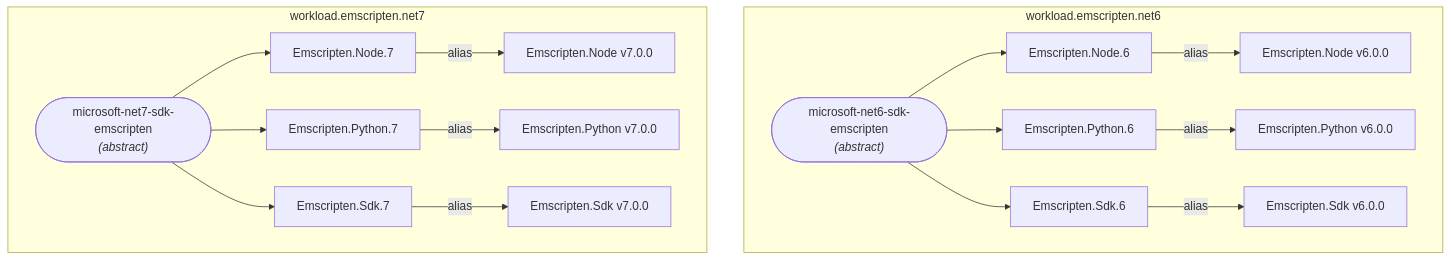
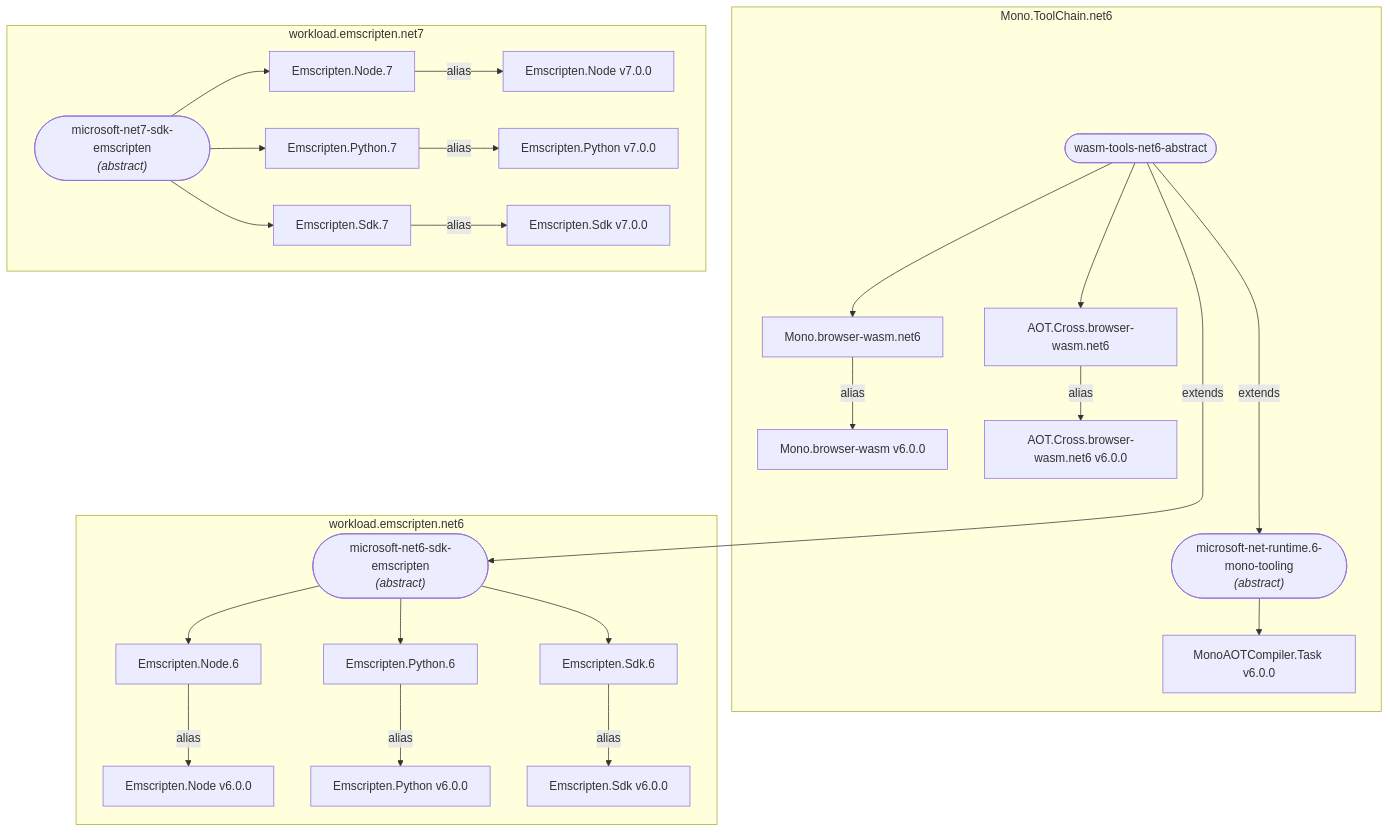
The second of 2 diagrams in README.md (dsplaisted/WorkloadVersioningSample), drawn with Mermaid before and after one commit.

Commit message:
Add more to proposed graph

````diff
--- a/README.md
+++ b/README.md
@@ -38,22 +38,33 @@
 ```mermaid
 graph TD;
 
-      subgraph workload.emscripten.net6
-      microsoft-net-sdk6-emscripten(["microsoft-net6-sdk-emscripten<BR><I>(abstract)</I>"])-->Microsoft.NET.Runtime.6.Emscripten.Node[Emscripten.Node.6];
-      Microsoft.NET.Runtime.6.Emscripten.Node-->|alias|Microsoft.NET.Runtime.Emscripten.Node.v6["Emscripten.Node v6.0.0"]
-      microsoft-net-sdk6-emscripten-->Microsoft.NET.Runtime.6.Emscripten.Python[Emscripten.Python.6];
-      Microsoft.NET.Runtime.6.Emscripten.Python-->|alias|Microsoft.NET.Runtime.Emscripten.Python.v6["Emscripten.Python v6.0.0"]
-      microsoft-net-sdk6-emscripten-->Microsoft.NET.Runtime.6.Emscripten.Sdk[Emscripten.Sdk.6];
-      Microsoft.NET.Runtime.6.Emscripten.Sdk-->|alias|Microsoft.NET.Runtime.Emscripten.Sdk.v6["Emscripten.Sdk v6.0.0"]
-      end
+    subgraph Mono.ToolChain.net6
+    wasm-tools-net6-abstract([wasm-tools-net6-abstract])-->Mono.browser-wasm.net6
+    Mono.browser-wasm.net6-->|alias|Mono.browser-wasm.v6["Mono.browser-wasm v6.0.0"]
+    wasm-tools-net6-abstract-->AOT.Cross.browser-wasm.net6
+    AOT.Cross.browser-wasm.net6-->|alias|AOT.Cross.browser-wasm.net6.v6["AOT.Cross.browser-wasm.net6 v6.0.0"]
+    wasm-tools-net6-abstract---->|extends|microsoft-net-runtime.6-mono-tooling;
+    microsoft-net-runtime.6-mono-tooling(["microsoft-net-runtime.6-mono-tooling<BR><I>(abstract)</I>"])-->MonoAOTCompiler.Task.v6["MonoAOTCompiler.Task v6.0.0"];
+    end
+    
+    wasm-tools-net6-abstract---->|extends|microsoft-net-sdk6-emscripten;
+
+    subgraph workload.emscripten.net6
+    microsoft-net-sdk6-emscripten(["microsoft-net6-sdk-emscripten<BR><I>(abstract)</I>"])-->Microsoft.NET.Runtime.6.Emscripten.Node[Emscripten.Node.6];
+    Microsoft.NET.Runtime.6.Emscripten.Node-->|alias|Microsoft.NET.Runtime.Emscripten.Node.v6["Emscripten.Node v6.0.0"]
+    microsoft-net-sdk6-emscripten-->Microsoft.NET.Runtime.6.Emscripten.Python[Emscripten.Python.6];
+    Microsoft.NET.Runtime.6.Emscripten.Python-->|alias|Microsoft.NET.Runtime.Emscripten.Python.v6["Emscripten.Python v6.0.0"]
+    microsoft-net-sdk6-emscripten-->Microsoft.NET.Runtime.6.Emscripten.Sdk[Emscripten.Sdk.6];
+    Microsoft.NET.Runtime.6.Emscripten.Sdk-->|alias|Microsoft.NET.Runtime.Emscripten.Sdk.v6["Emscripten.Sdk v6.0.0"]
+    end
       
-      subgraph workload.emscripten.net7
-      microsoft-net-sdk7-emscripten(["microsoft-net7-sdk-emscripten<BR><I>(abstract)</I>"])-->Microsoft.NET.Runtime.7.Emscripten.Node[Emscripten.Node.7];
-      Microsoft.NET.Runtime.7.Emscripten.Node-->|alias|Microsoft.NET.Runtime.Emscripten.Node["Emscripten.Node v7.0.0"]
-      microsoft-net-sdk7-emscripten-->Microsoft.NET.Runtime.7.Emscripten.Python[Emscripten.Python.7];
-      Microsoft.NET.Runtime.7.Emscripten.Python-->|alias|Microsoft.NET.Runtime.Emscripten.Python["Emscripten.Python v7.0.0"]
-      microsoft-net-sdk7-emscripten-->Microsoft.NET.Runtime.7.Emscripten.Sdk[Emscripten.Sdk.7];
-      Microsoft.NET.Runtime.7.Emscripten.Sdk-->|alias|Microsoft.NET.Runtime.Emscripten.Sdk["Emscripten.Sdk v7.0.0"]
-      end
+    subgraph workload.emscripten.net7
+    microsoft-net-sdk7-emscripten(["microsoft-net7-sdk-emscripten<BR><I>(abstract)</I>"])-->Microsoft.NET.Runtime.7.Emscripten.Node[Emscripten.Node.7];
+    Microsoft.NET.Runtime.7.Emscripten.Node-->|alias|Microsoft.NET.Runtime.Emscripten.Node["Emscripten.Node v7.0.0"]
+    microsoft-net-sdk7-emscripten-->Microsoft.NET.Runtime.7.Emscripten.Python[Emscripten.Python.7];
+    Microsoft.NET.Runtime.7.Emscripten.Python-->|alias|Microsoft.NET.Runtime.Emscripten.Python["Emscripten.Python v7.0.0"]
+    microsoft-net-sdk7-emscripten-->Microsoft.NET.Runtime.7.Emscripten.Sdk[Emscripten.Sdk.7];
+    Microsoft.NET.Runtime.7.Emscripten.Sdk-->|alias|Microsoft.NET.Runtime.Emscripten.Sdk["Emscripten.Sdk v7.0.0"]
+    end
 
 ```
````
